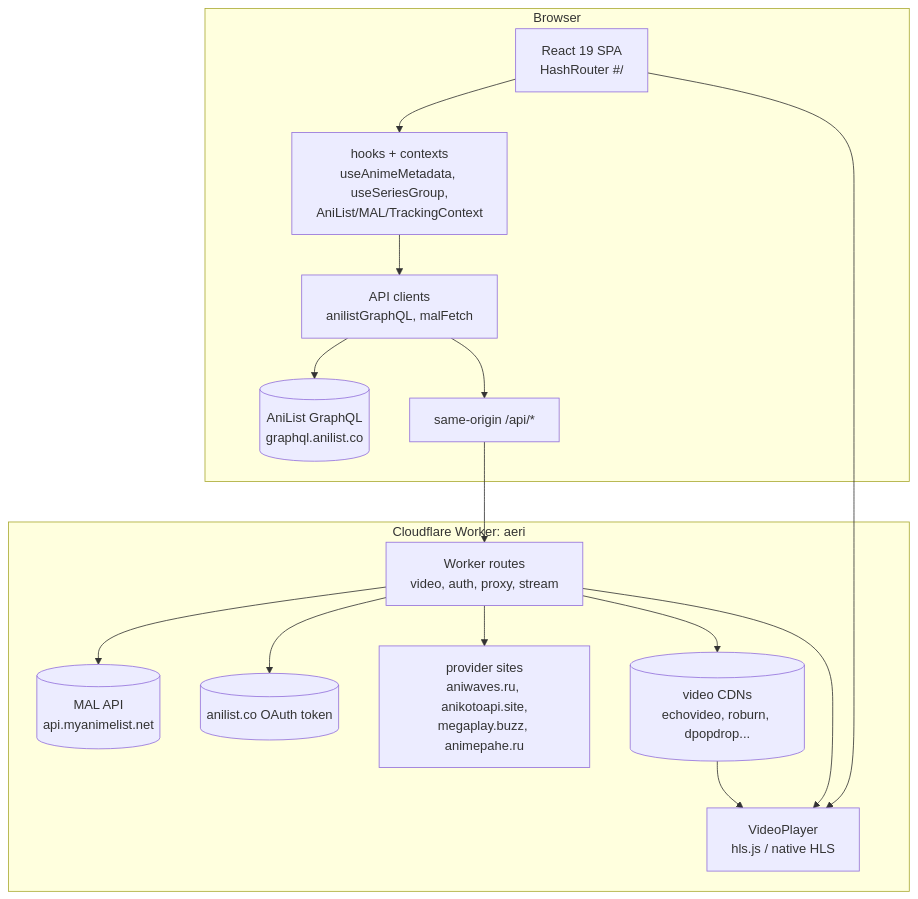
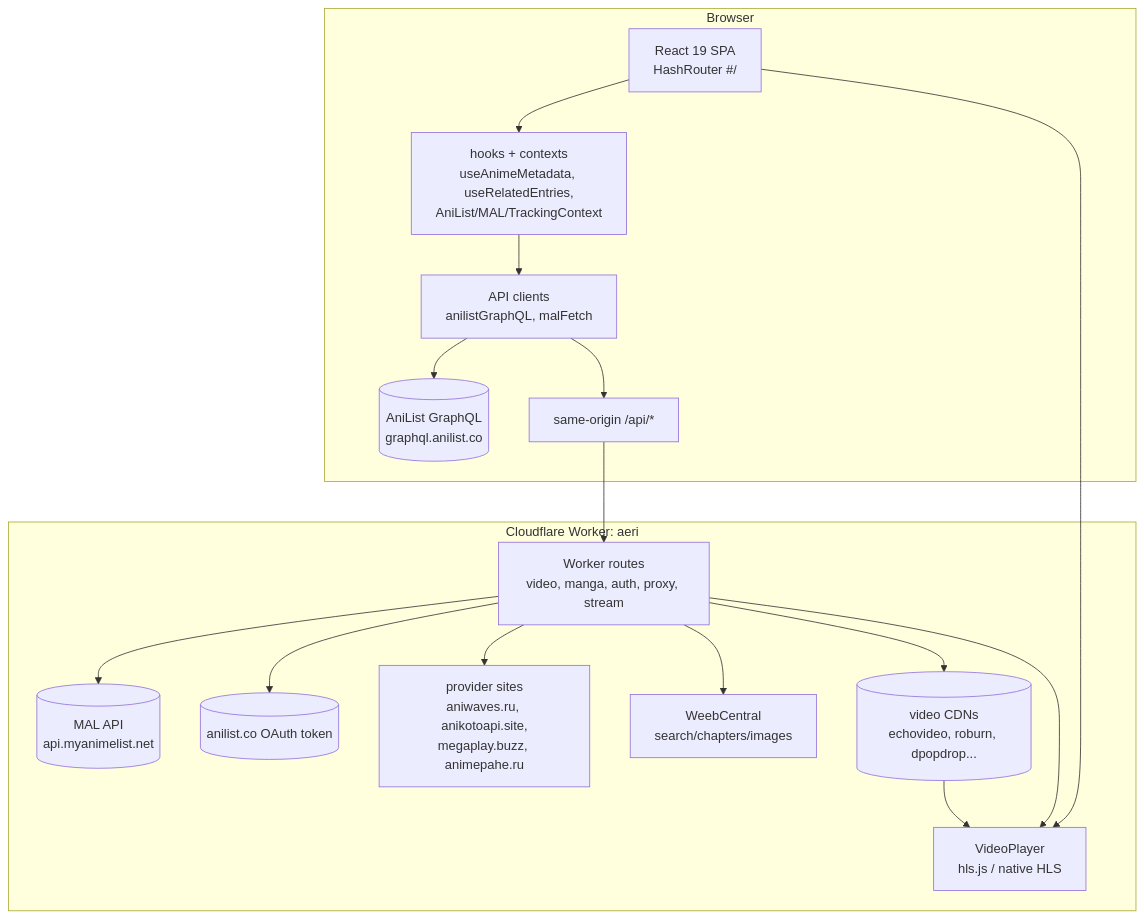
Before and after one commit to fastdemo/aeri: the diagram in agents/architecture.md, drawn with Mermaid. The commit also changed other lines of this file and 48 other files, not shown here.

Commit message:
feat: independent anime entries, Related Shows/Manga, reader, episode polish (D083-D085)

````diff
--- a/agents/architecture.md
+++ b/agents/architecture.md
@@ -3,20 +3,21 @@
 ```mermaid
 flowchart TB
     subgraph Browser
         UI[React 19 SPA<br/>HashRouter #/]
-        UI --> Hooks[hooks + contexts<br/>useAnimeMetadata, useSeriesGroup,<br/>AniList/MAL/TrackingContext]
+        UI --> Hooks[hooks + contexts<br/>useAnimeMetadata, useRelatedEntries,<br/>AniList/MAL/TrackingContext]
         Hooks --> Clients[API clients<br/>anilistGraphQL, malFetch]
         Clients --> AL[(AniList GraphQL<br/>graphql.anilist.co)]
         Clients --> CF1[same-origin /api/*]
     end
     subgraph Cloudflare["Cloudflare Worker: aeri"]
-        CF1 --> API[Worker routes<br/>video, auth, proxy, stream]
+        CF1 --> API[Worker routes<br/>video, manga, auth, proxy, stream]
         API --> MAL[(MAL API<br/>api.myanimelist.net)]
         API --> ANILIST_AUTH[(anilist.co OAuth token)]
         API --> PROV[provider sites<br/>aniwaves.ru, anikotoapi.site,<br/>megaplay.buzz, animepahe.ru]
+        API --> WCMANGA[WeebCentral<br/>search/chapters/images]
         API --> CDN[(video CDNs<br/>echovideo, roburn, dpopdrop...)]
         API --> Player[VideoPlayer<br/>hls.js / native HLS]
     end
     UI --> Player
     CDN --> Player
 ```
````
